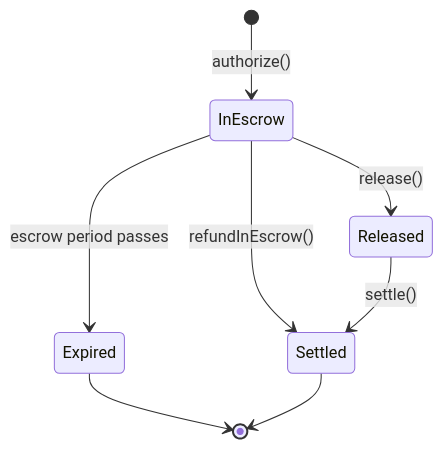
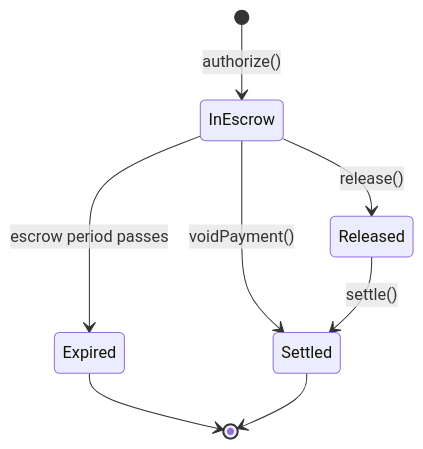
Before and after one commit to BackTrackCo/docs: the first of 3 diagrams in sdk/concepts.mdx, drawn with Mermaid. The commit also changed other lines of this file and 31 other files, not shown here.

````diff
--- a/sdk/concepts.mdx
+++ b/sdk/concepts.mdx
@@ -22,10 +22,10 @@
 ```mermaid
 stateDiagram-v2
     [*] --> InEscrow: authorize()
     InEscrow --> Released: release()
-    InEscrow --> Settled: refundInEscrow()
+    InEscrow --> Settled: voidPayment()
     InEscrow --> Expired: escrow period passes
     Released --> Settled: settle()
     Expired --> [*]
     Settled --> [*]
 ```
````
